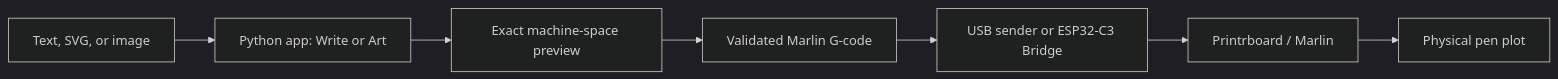
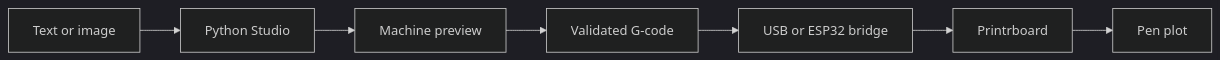
Before and after one commit to CocoHusky/printrbot-penplotter: the diagram in README.md, drawn with Mermaid (dark theme). The commit also changed other lines of this file and 4 other files, not shown here.

````diff
--- a/README.md
+++ b/README.md
@@ -77,9 +95,9 @@
 ```mermaid
-flowchart LR
-  A["Text, SVG, or image"] --> B["Python app: Write or Art"]
-  B --> C["Exact machine-space preview"]
-  C --> D["Validated Marlin G-code"]
-  D --> E["USB sender or ESP32-C3 Bridge"]
-  E --> F["Printrboard / Marlin"]
-  F --> G["Physical pen plot"]
+graph LR
+  A[Text or image] --> B[Python Studio]
+  B --> C[Machine preview]
+  C --> D[Validated G-code]
+  D --> E[USB or ESP32 bridge]
+  E --> F[Printrboard]
+  F --> G[Pen plot]
 ```
````
